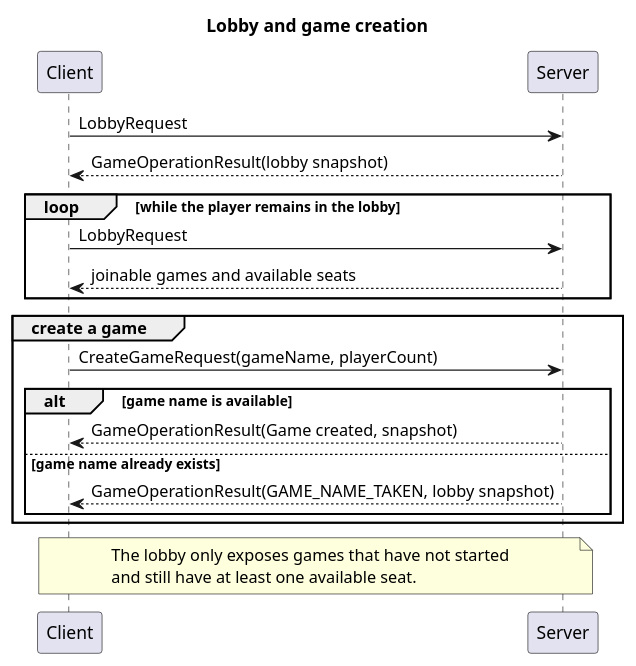
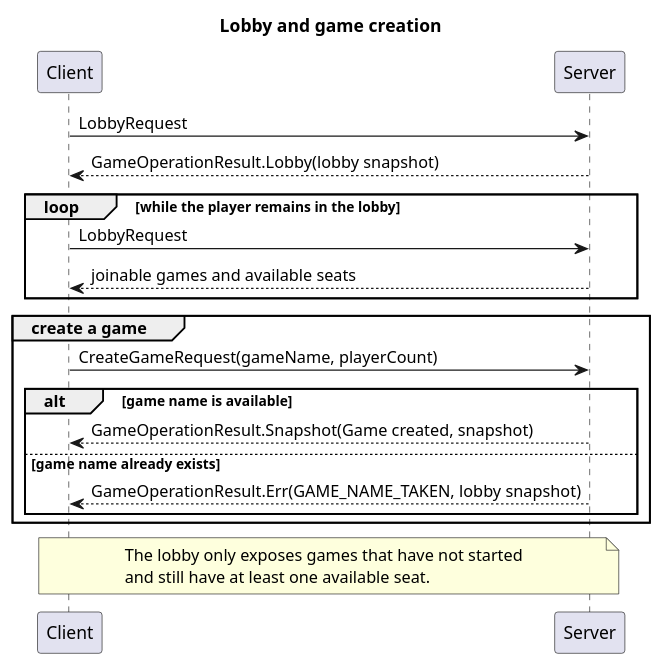
The diagram in UML_Diagram/SequenceDiagrams/02-lobby-and-game-creation.puml (matteoroda05/Mesos), drawn with PlantUML before and after one commit. The commit also changed 9 other files, not shown here.

Commit message:
docs(sequence diagrams): update sequence diagrams to reflect new GameOperationResult structure

```diff
--- a/UML_Diagram/SequenceDiagrams/02-lobby-and-game-creation.puml
+++ b/UML_Diagram/SequenceDiagrams/02-lobby-and-game-creation.puml
@@ -1,31 +1,31 @@
 @startuml
 
 title Lobby and game creation
 
 participant Client
 participant Server
 
 Client->Server: LobbyRequest
-Server-->Client: GameOperationResult(lobby snapshot)
+Server-->Client: GameOperationResult.Lobby(lobby snapshot)
 
 loop while the player remains in the lobby
 Client->Server: LobbyRequest
 Server-->Client: joinable games and available seats
 end
 
 group create a game
 Client->Server: CreateGameRequest(gameName, playerCount)
 
 alt game name is available
-Server-->Client: GameOperationResult(Game created, snapshot)
+Server-->Client: GameOperationResult.Snapshot(Game created, snapshot)
 else game name already exists
-Server-->Client: GameOperationResult(GAME_NAME_TAKEN, lobby snapshot)
+Server-->Client: GameOperationResult.Err(GAME_NAME_TAKEN, lobby snapshot)
 end
 end
 
 note over Client, Server
 The lobby only exposes games that have not started
 and still have at least one available seat.
 end note
 
 @enduml
```
